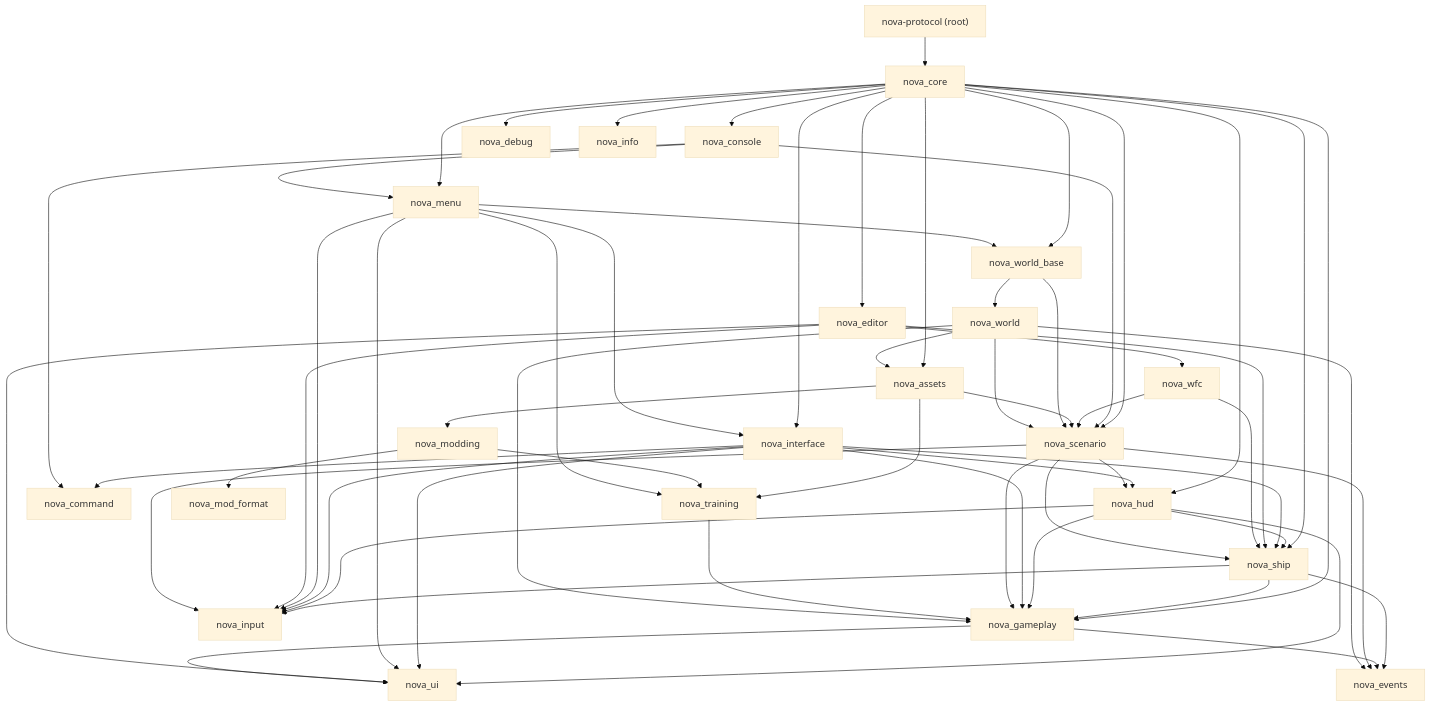
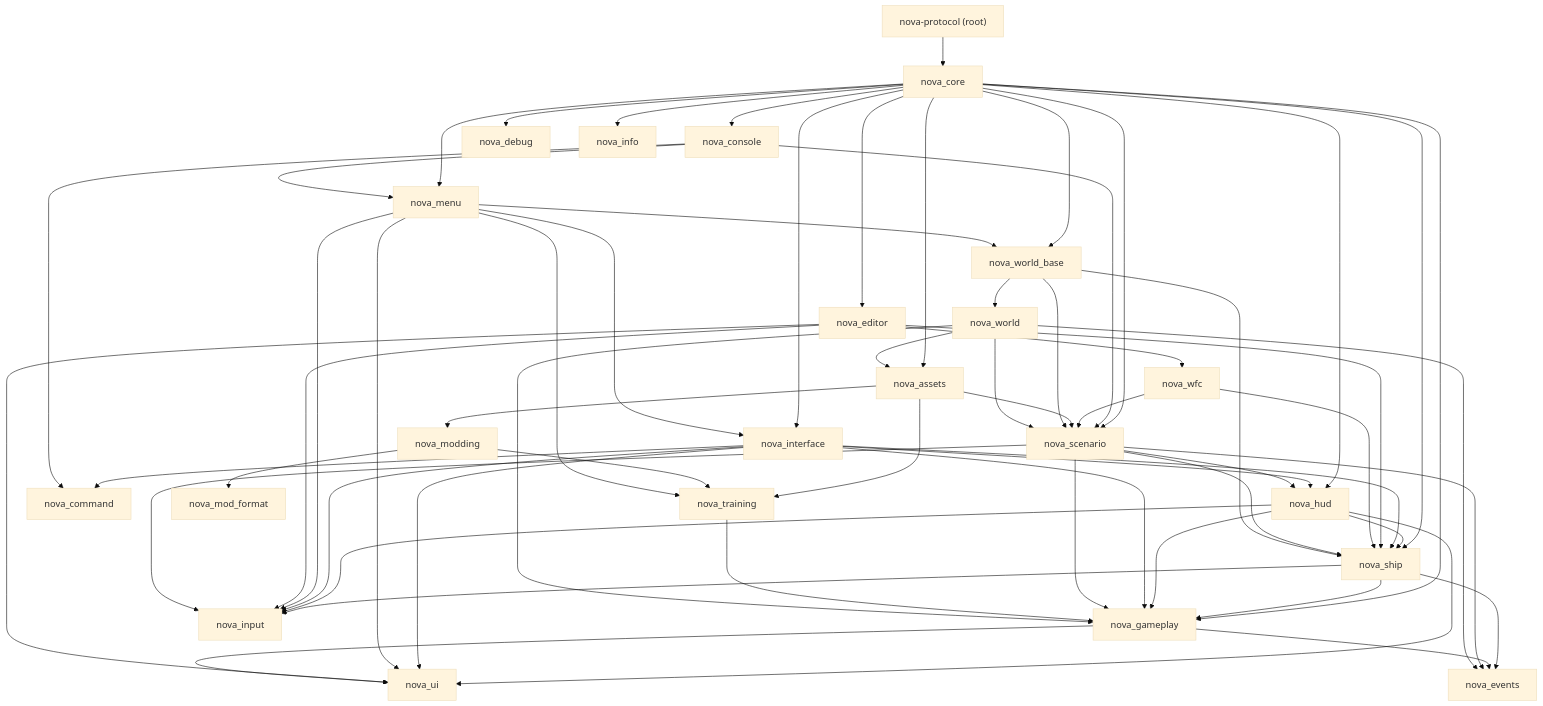
Before and after one commit to alexjercan/nova-protocol: the first of 3 diagrams in docs/architecture.md, drawn with Mermaid (base theme). The commit also changed other lines of this file and 8 other files, not shown here.

````diff
--- a/docs/architecture.md
+++ b/docs/architecture.md
@@ -48,62 +48,63 @@
 ```mermaid
 graph TD
     root["nova-protocol (root)"] --> core["nova_core"]
     core --> menu["nova_menu"]
     core --> editor["nova_editor"]
     core --> gameplay["nova_gameplay"]
     core --> ship["nova_ship"]
     core --> hud["nova_hud"]
     core --> iface["nova_interface"]
     core --> console["nova_console"]
     core --> scenario["nova_scenario"]
     core --> assets["nova_assets"]
     ship --> gameplay
     ship --> events["nova_events"]
     hud --> ship
     hud --> gameplay
     hud --> ui["nova_ui"]
     iface --> hud
     iface --> ship
     iface --> gameplay
     iface --> cmd["nova_command"]
     iface --> ui
     menu --> iface
     console --> menu
     console --> cmd
     console --> scenario
     menu --> ui
     editor --> ship
     editor --> ui
     editor --> wfc["nova_wfc"]
     wfc --> ship
     wfc --> scenario
     gameplay --> events
     gameplay --> ui
     ship --> input["nova_input"]
     hud --> input
     iface --> input
     menu --> input
     editor --> input
     scenario --> input
     scenario --> events
     scenario --> gameplay
     scenario --> ship
     scenario --> hud
     assets --> modding["nova_modding"]
     assets --> scenario
     assets --> training["nova_training"]
     modding --> modfmt["nova_mod_format"]
     modding --> training
     menu --> training
     training --> gameplay
     core --> worldbase["nova_world_base"]
     menu --> worldbase
     worldbase --> world["nova_world"]
     worldbase --> scenario
+    worldbase --> ship
     world --> scenario
     world --> gameplay
     world --> assets
     world --> events
     core --> debug["nova_debug"]
     core --> info["nova_info"]
 ```
````
